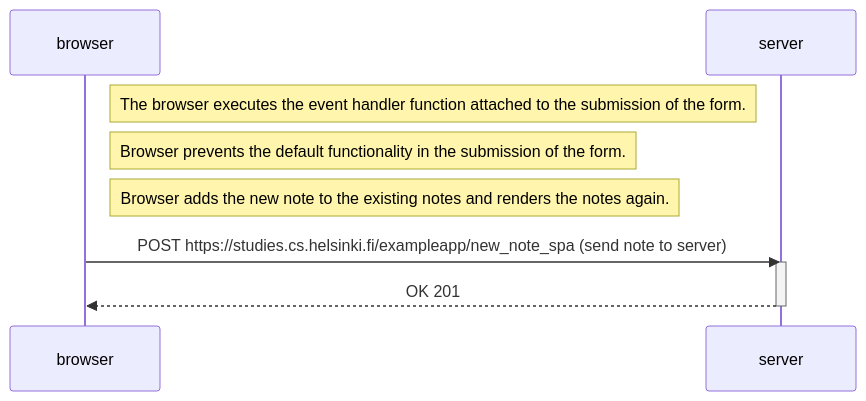
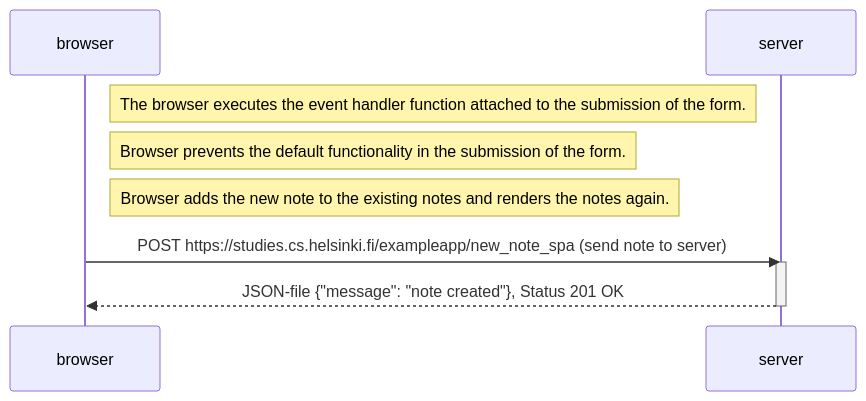
One commit to onnimie/fullstack-course changed the diagram in osa1/0.6/seq-diag.md. Above: the diagram before and after it, drawn with Mermaid.

````diff
--- a/osa1/0.6/seq-diag.md
+++ b/osa1/0.6/seq-diag.md
@@ -3,16 +3,16 @@
 ```mermaid
 sequenceDiagram
     participant browser
     participant server
 
     Note right of browser: The browser executes the event handler function attached to the submission of the form.
 
     Note right of browser: Browser prevents the default functionality in the submission of the form.
 
     Note right of browser: Browser adds the new note to the existing notes and renders the notes again.
 
     browser->>server: POST https://studies.cs.helsinki.fi/exampleapp/new_note_spa (send note to server)
     activate server
-    server-->>browser: OK 201
+    server-->>browser: JSON-file {"message": "note created"}, Status 201 OK
     deactivate server
 ```
````
